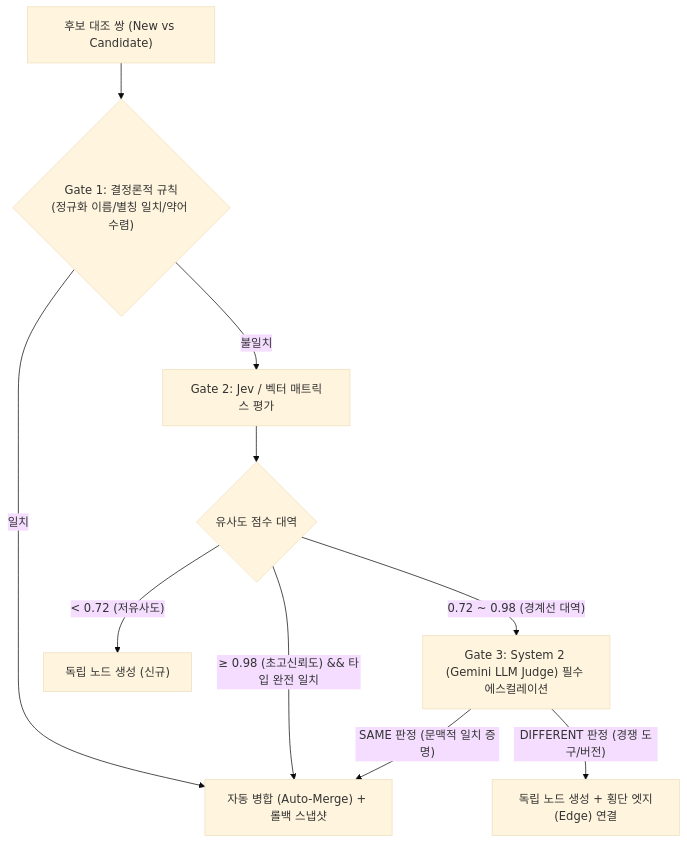
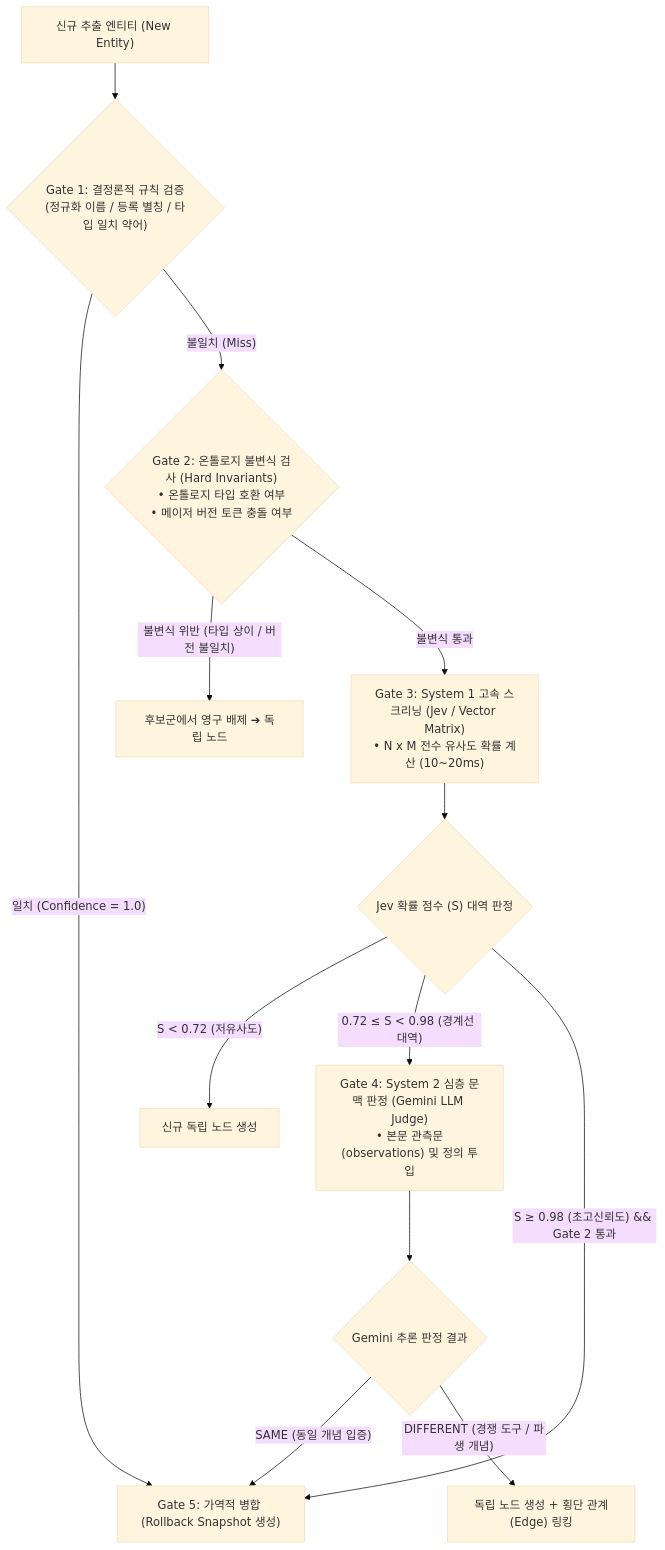
Before and after one commit to fofwisdom/claire-bible: the third of 3 diagrams in docs/origin/design/DECISION_STREAM_AND_HEATMAP_MATRIX_DESIGN.md, drawn with Mermaid (base theme). The commit also changed other lines of this file, not shown here.

First line of the commit message:
docs(design): detail 5-stage multi-tier safe gating architecture and rollback workflow

````diff
--- a/docs/origin/design/DECISION_STREAM_AND_HEATMAP_MATRIX_DESIGN.md
+++ b/docs/origin/design/DECISION_STREAM_AND_HEATMAP_MATRIX_DESIGN.md
@@ -221,14 +223,19 @@
 ```mermaid
 flowchart TD
-    Pair["후보 대조 쌍 (New vs Candidate)"] --> Gate1{"Gate 1: 결정론적 규칙<br/>(정규화 이름/별칭 일치/약어 수렴)"}
-    Gate1 -- "일치" --> AutoMerge["자동 병합 (Auto-Merge) + 롤백 스냅샷"]
-    Gate1 -- "불일치" --> JevEval["Gate 2: Jev / 벡터 매트릭스 평가"]
+    Start["신규 추출 엔티티 (New Entity)"] --> G1{"Gate 1: 결정론적 규칙 검증<br/>(정규화 이름 / 등록 별칭 / 타입 일치 약어)"}
     
-    JevEval --> ScoreCheck{"유사도 점수 대역"}
-    ScoreCheck -- "≥ 0.98 (초고신뢰도) && 타입 완전 일치" --> AutoMerge
-    ScoreCheck -- "0.72 ~ 0.98 (경계선 대역)" --> Escalate["Gate 3: System 2 (Gemini LLM Judge) 필수 에스컬레이션"]
-    ScoreCheck -- "< 0.72 (저유사도)" --> Separate["독립 노드 생성 (신규)"]
+    G1 -- "일치 (Confidence = 1.0)" --> G5_Merge["Gate 5: 가역적 병합 (Rollback Snapshot 생성)"]
+    G1 -- "불일치 (Miss)" --> G2{"Gate 2: 온톨로지 불변식 검사 (Hard Invariants)<br/>• 온톨로지 타입 호환 여부<br/>• 메이저 버전 토큰 충돌 여부"}
     
-    Escalate -- "SAME 판정 (문맥적 일치 증명)" --> AutoMerge
-    Escalate -- "DIFFERENT 판정 (경쟁 도구/버전)" --> SeparateWithLink["독립 노드 생성 + 횡단 엣지(Edge) 연결"]
+    G2 -- "불변식 위반 (타입 상이 / 버전 불일치)" --> RejectCandidate["후보군에서 영구 배제 ➔ 독립 노드"]
+    G2 -- "불변식 통과" --> G3["Gate 3: System 1 고속 스크리닝 (Jev / Vector Matrix)<br/>• N x M 전수 유사도 확률 계산 (10~20ms)"]
+    
+    G3 --> ScoreBand{"Jev 확률 점수 (S) 대역 판정"}
+    ScoreBand -- "S < 0.72 (저유사도)" --> G5_New["신규 독립 노드 생성"]
+    ScoreBand -- "0.72 ≤ S < 0.98 (경계선 대역)" --> G4["Gate 4: System 2 심층 문맥 판정 (Gemini LLM Judge)<br/>• 본문 관측문(observations) 및 정의 투입"]
+    ScoreBand -- "S ≥ 0.98 (초고신뢰도) && Gate 2 통과" --> G5_Merge
+    
+    G4 --> JudgeVerdict{"Gemini 추론 판정 결과"}
+    JudgeVerdict -- "SAME (동일 개념 입증)" --> G5_Merge
+    JudgeVerdict -- "DIFFERENT (경쟁 도구 / 파생 개념)" --> G5_Link["독립 노드 생성 + 횡단 관계(Edge) 링킹"]
 ```
````
